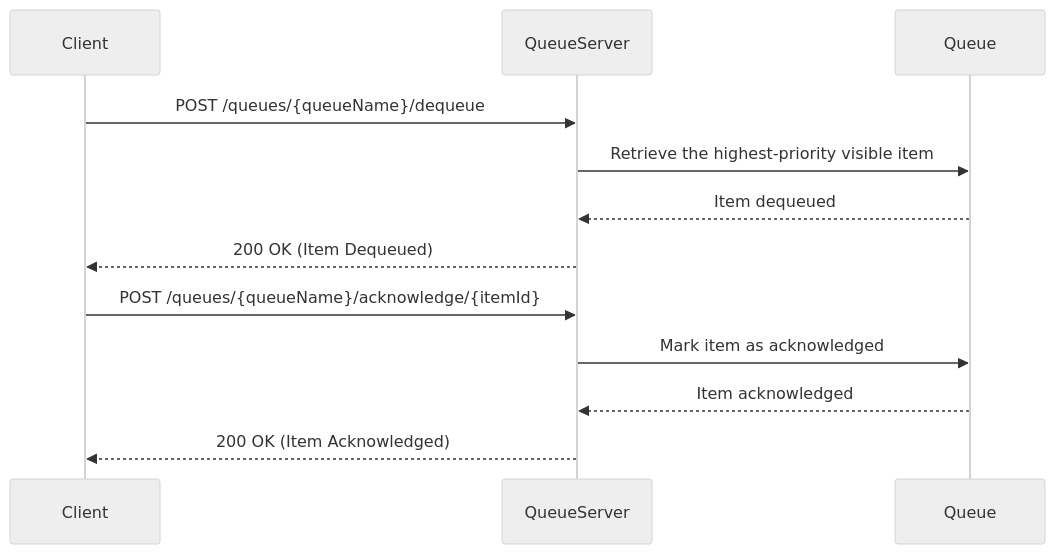
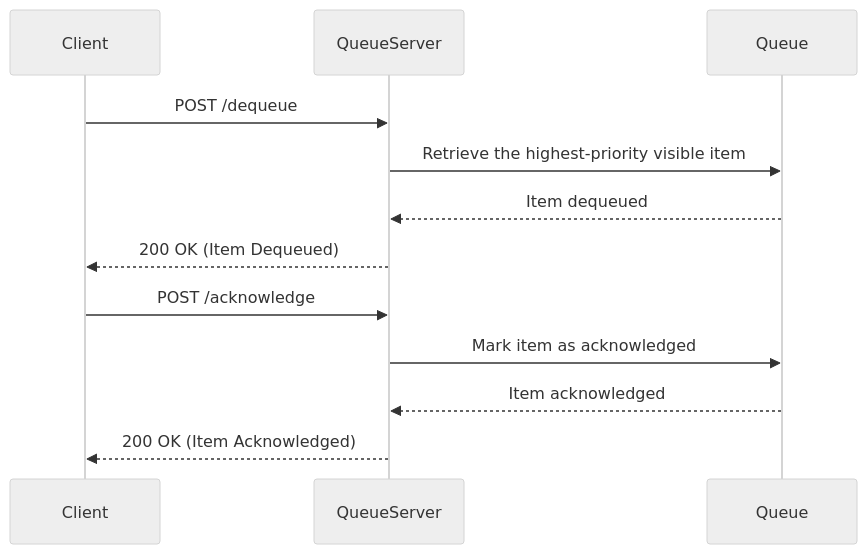
Before and after one commit to johnretsas/cora-mq: the second of 2 diagrams in README.md, drawn with Mermaid (neutral theme). The commit also changed other lines of this file, not shown here.

````diff
--- a/README.md
+++ b/README.md
@@ -305,16 +304,16 @@
 ```mermaid
 sequenceDiagram
     participant C as Client
     participant S as QueueServer
     participant Q as Queue
 
-    C->>S: POST /queues/{queueName}/dequeue
+    C->>S: POST /dequeue
     S->>Q: Retrieve the highest-priority visible item
     Q-->>S: Item dequeued
     S-->>C: 200 OK (Item Dequeued)
 
-    C->>S: POST /queues/{queueName}/acknowledge/{itemId}
+    C->>S: POST /acknowledge
     S->>Q: Mark item as acknowledged
     Q-->>S: Item acknowledged
     S-->>C: 200 OK (Item Acknowledged)
 ```
````
